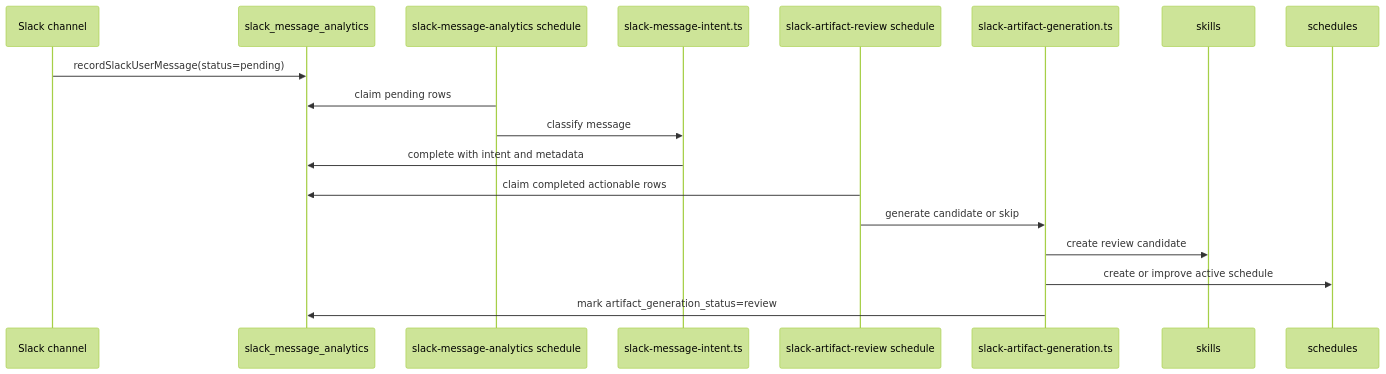
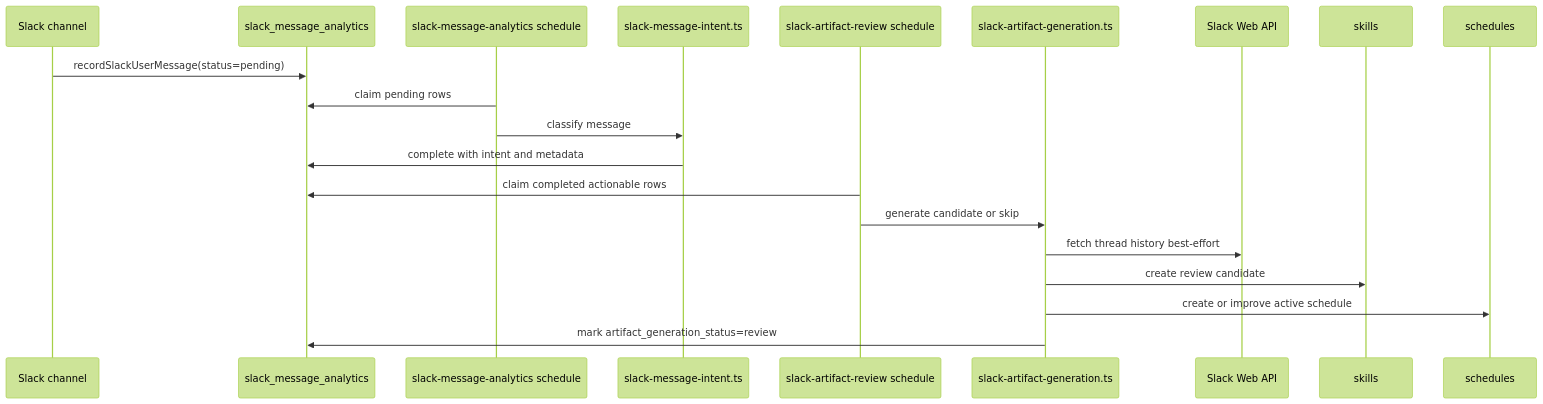
Before and after one commit to GorobVictor/slack-ai-agent-eve: the third of 3 diagrams in AGENTS.md, drawn with Mermaid (forest theme). The commit also changed other lines of this file and 1 other file, not shown here.

First line of the commit message:
ref: document slack thread history generation flow

````diff
--- a/AGENTS.md
+++ b/AGENTS.md
@@ -325,21 +325,23 @@
 ```mermaid
 sequenceDiagram
   participant Slack as Slack channel
   participant DB as slack_message_analytics
   participant AnalysisSchedule as slack-message-analytics schedule
   participant Intent as slack-message-intent.ts
   participant ArtifactSchedule as slack-artifact-review schedule
   participant Generator as slack-artifact-generation.ts
+  participant SlackAPI as Slack Web API
   participant Skills as skills
   participant Schedules as schedules
 
   Slack->>DB: recordSlackUserMessage(status=pending)
   AnalysisSchedule->>DB: claim pending rows
   AnalysisSchedule->>Intent: classify message
   Intent->>DB: complete with intent and metadata
   ArtifactSchedule->>DB: claim completed actionable rows
   ArtifactSchedule->>Generator: generate candidate or skip
+  Generator->>SlackAPI: fetch thread history best-effort
   Generator->>Skills: create review candidate
   Generator->>Schedules: create or improve active schedule
   Generator->>DB: mark artifact_generation_status=review
 ```
````
